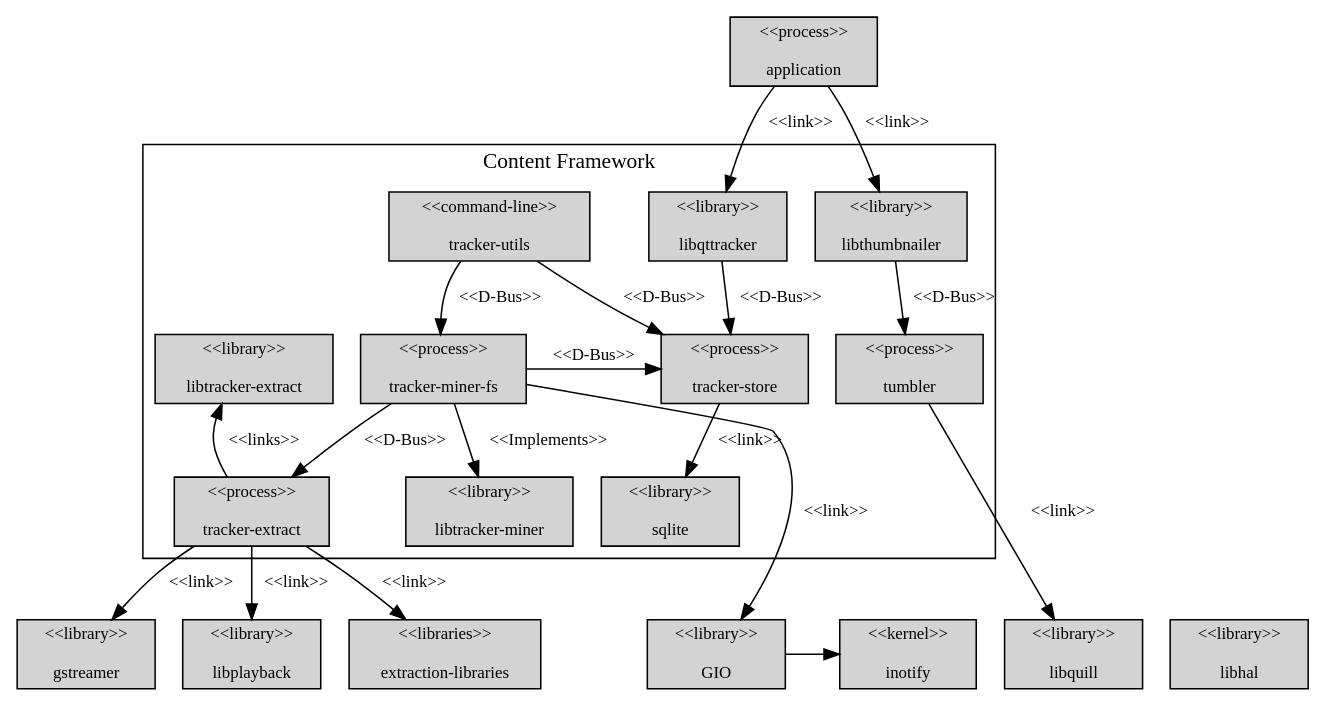
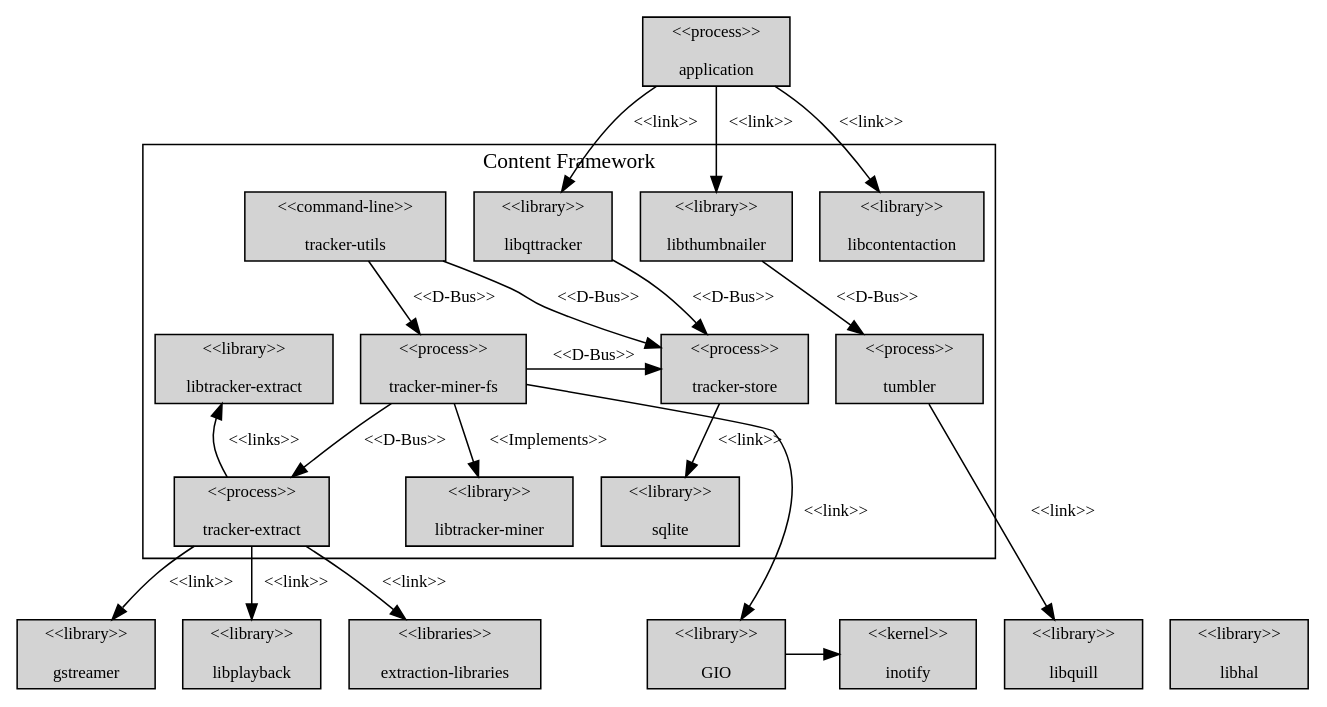
The diagram in docs/design/tracker-structural-view.dot (GNOME/tinysparql), drawn with Graphviz before and after one commit.

Commit message:
Updated structural diagram

```diff
--- a/docs/design/tracker-structural-view.dot
+++ b/docs/design/tracker-structural-view.dot
@@ -1,79 +1,81 @@
 /*
  * Structural view of tracker
  *
  * Generate PNG with: dot -Tpng tracker-structural-view.dot
  * View the diagram: dotty tracker-structural-view.dot
 */
 
 digraph G {
 
   graph [size="70,100"];
   node [shape=box, style=filled, fontsize=11];
   edge [fontsize=11];
 
   { rank=source
     app [label="<<process>>\n\napplication"];
   }
 
   subgraph cluster0 { 
     label="Content Framework"
 
     libqttracker [label="<<library>>\n\nlibqttracker"];
     libthumbnailer [label="<<library>>\n\nlibthumbnailer"];
+    libcontentaction [label="<<library>>\n\nlibcontentaction"];
     trackerutils [label="<<command-line>>\n\ntracker-utils"];
     trackerstore [label="<<process>>\n\ntracker-store"];
     sqlite [label="<<library>>\n\nsqlite" ];    
 
     trackerextract [label="<<process>>\n\ntracker-extract"];
     libtrackerextract [label="<<library>>\n\nlibtracker-extract"];
     trackerextract -> libtrackerextract [label="<<links>>"];
 
     trackerminerfs [label="<<process>>\n\ntracker-miner-fs"];
     libtrackerminer [label="<<library>>\n\nlibtracker-miner"];
 
     tumbler [label="<<process>>\n\ntumbler"];
 
 
     {rank=same; trackerstore; trackerminerfs; libtrackerextract};
 
     libthumbnailer -> tumbler [label="<<D-Bus>>"]
     libqttracker -> trackerstore [label="<<D-Bus>>"]
 
     trackerminerfs -> trackerextract [label="<<D-Bus>>"]
     trackerminerfs -> trackerstore [label="<<D-Bus>>"]
     trackerminerfs -> libtrackerminer [label="<<Implements>>"]
 
     trackerutils -> trackerstore [label="<<D-Bus>>"]
     trackerutils -> trackerminerfs [label="<<D-Bus>>"]
     
     trackerstore -> sqlite [label="<<link>>"]
   }
 
   {
     rank=sink
     extractionlibs [label="<<libraries>>\n\nextraction-libraries"];
     gstreamer [label="<<library>>\n\ngstreamer"];
     libhal [label="<<library>>\n\nlibhal"];
     libquill [label="<<library>>\n\nlibquill"];
     libplayback [label="<<library>>\n\nlibplayback"];
 
     gio [label="<<library>>\n\nGIO"];
     inotify [label="<<kernel>>\n\ninotify"];
     gio -> inotify;
   }
 
   app -> libqttracker [label="<<link>>"]
   app -> libthumbnailer [label="<<link>>"]
+  app -> libcontentaction [label="<<link>>"]
 
   trackerextract -> extractionlibs [label="<<link>>"]
   trackerextract -> gstreamer [label="<<link>>"]
   trackerextract -> libplayback [label="<<link>>"]
   
 //  trackerstore -> libhal [label="<<link>>"]
 //  trackerminerfs -> libhal [label="<<link>>"]
   
   trackerminerfs -> gio  [label="<<link>>"]
 
   tumbler -> libquill [label="<<link>>"]
   
 }
```
